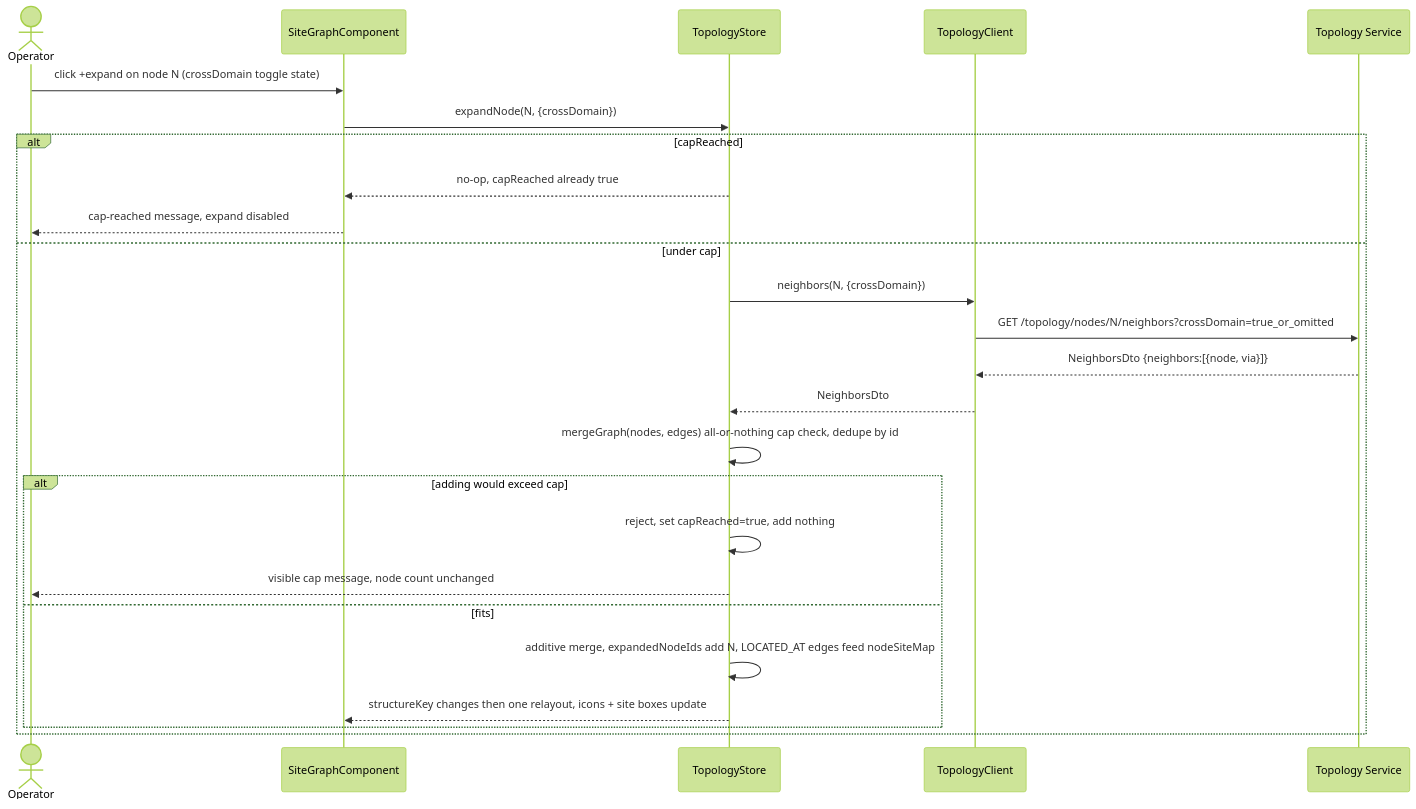
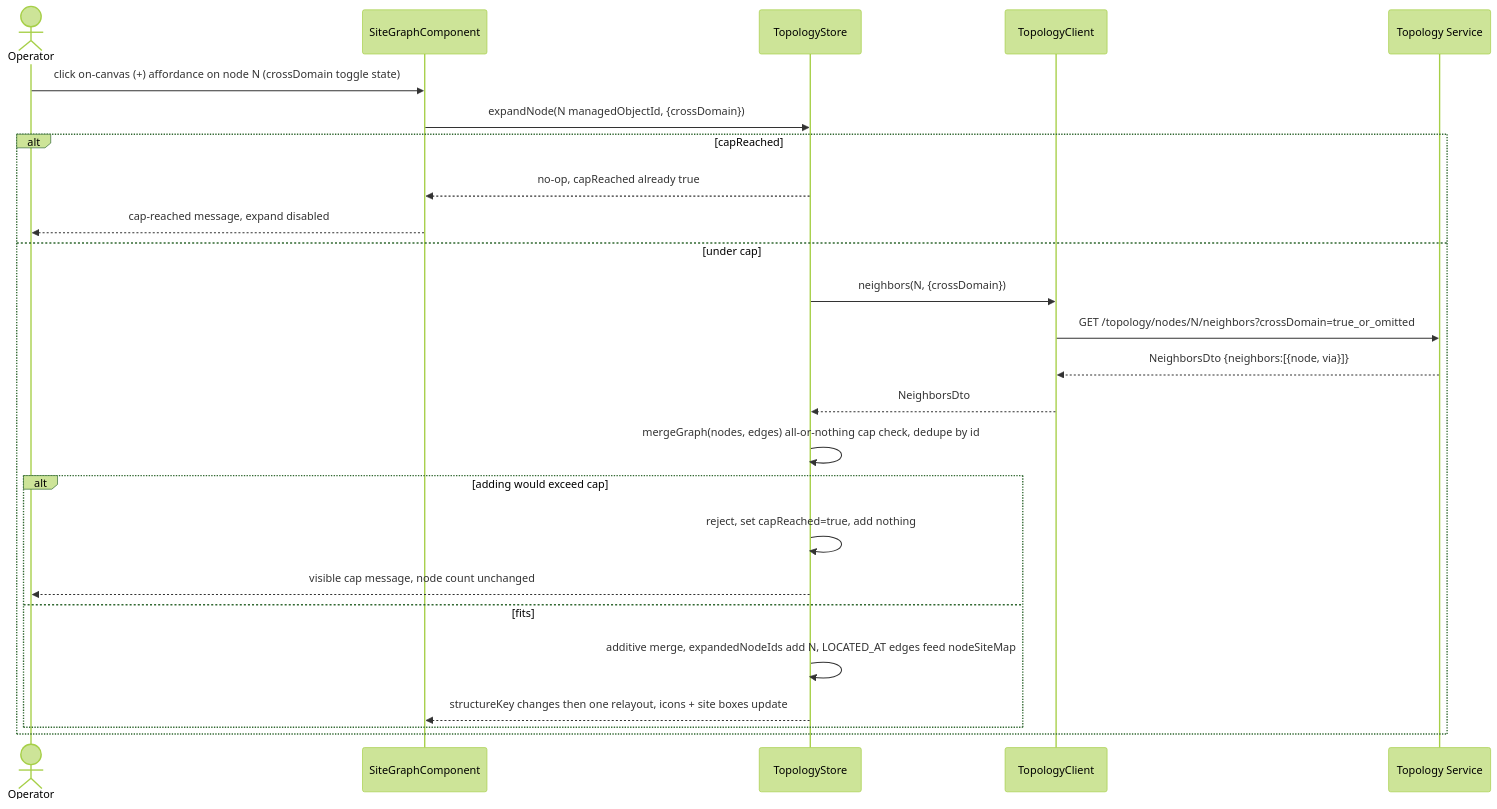
Before and after one commit to nikhilmohan/correlation-platform: diagram 18 of 20 in services/web-ui/design.md, drawn with Mermaid (forest theme). The commit also changed other lines of this file, not shown here.

First line of the commit message:
design(web-ui): site-graph UX — canvas + expand control, list-view toggle, bigger nodes (refines ACs 55-76)

````diff
--- a/services/web-ui/design.md
+++ b/services/web-ui/design.md
@@ -1865,27 +1954,27 @@
 ```mermaid
 sequenceDiagram
   actor Op as Operator
   participant SG as SiteGraphComponent
   participant ST as TopologyStore
   participant TC as TopologyClient
   participant TP as Topology Service
-  Op->>SG: click +expand on node N (crossDomain toggle state)
-  SG->>ST: expandNode(N, {crossDomain})
+  Op->>SG: click on-canvas (+) affordance on node N (crossDomain toggle state)
+  SG->>ST: expandNode(N managedObjectId, {crossDomain})
   alt capReached
     ST-->>SG: no-op, capReached already true
     SG-->>Op: cap-reached message, expand disabled
   else under cap
     ST->>TC: neighbors(N, {crossDomain})
     TC->>TP: GET /topology/nodes/N/neighbors?crossDomain=true_or_omitted
     TP-->>TC: NeighborsDto {neighbors:[{node, via}]}
     TC-->>ST: NeighborsDto
     ST->>ST: mergeGraph(nodes, edges) all-or-nothing cap check, dedupe by id
     alt adding would exceed cap
       ST->>ST: reject, set capReached=true, add nothing
       ST-->>Op: visible cap message, node count unchanged
     else fits
       ST->>ST: additive merge, expandedNodeIds add N, LOCATED_AT edges feed nodeSiteMap
       ST-->>SG: structureKey changes then one relayout, icons + site boxes update
     end
   end
 ```
````
